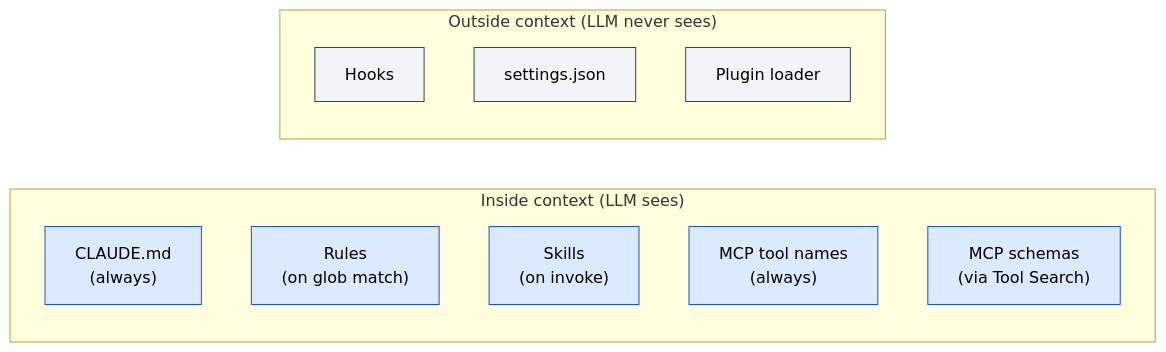
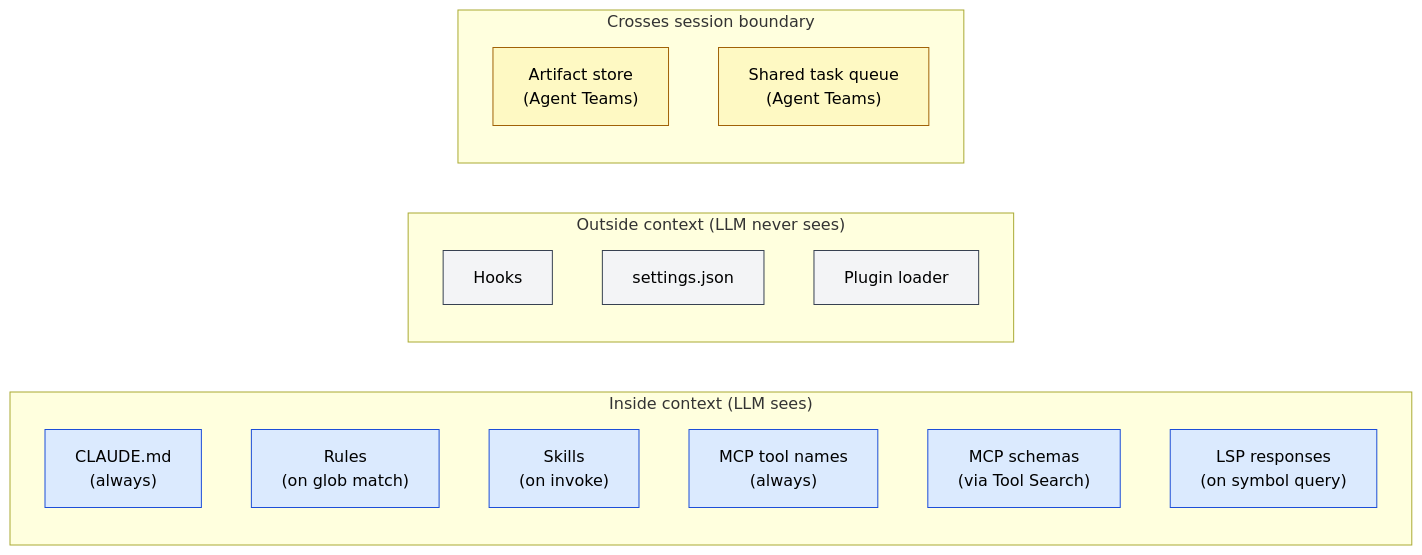
Before and after one commit to shuji-bonji/understanding-llm-through-claude-code: the diagram in docs/appendix/feature-index.md, drawn with Mermaid. The commit also changed other lines of this file and 11 other files, not shown here.

````diff
--- a/docs/appendix/feature-index.md
+++ b/docs/appendix/feature-index.md
@@ -37,23 +39,31 @@
 ```mermaid
 flowchart LR
     subgraph IN["Inside context (LLM sees)"]
         CMD["CLAUDE.md<br/>(always)"]
         RUL["Rules<br/>(on glob match)"]
         SKL["Skills<br/>(on invoke)"]
         MCPN["MCP tool names<br/>(always)"]
         MCPS["MCP schemas<br/>(via Tool Search)"]
+        LSP["LSP responses<br/>(on symbol query)"]
     end
     subgraph OUT["Outside context (LLM never sees)"]
         HK["Hooks"]
         STG["settings.json"]
         PLG["Plugin loader"]
     end
+    subgraph CROSS["Crosses session boundary"]
+        ART["Artifact store<br/>(Agent Teams)"]
+        QUE["Shared task queue<br/>(Agent Teams)"]
+    end
     style CMD fill:#dbeafe,stroke:#1d4ed8,color:#000
     style RUL fill:#dbeafe,stroke:#1d4ed8,color:#000
     style SKL fill:#dbeafe,stroke:#1d4ed8,color:#000
     style MCPN fill:#dbeafe,stroke:#1d4ed8,color:#000
     style MCPS fill:#dbeafe,stroke:#1d4ed8,color:#000
+    style LSP fill:#dbeafe,stroke:#1d4ed8,color:#000
     style HK fill:#f3f4f6,stroke:#374151,color:#000
     style STG fill:#f3f4f6,stroke:#374151,color:#000
     style PLG fill:#f3f4f6,stroke:#374151,color:#000
+    style ART fill:#fef9c3,stroke:#a16207,color:#000
+    style QUE fill:#fef9c3,stroke:#a16207,color:#000
 ```
````
